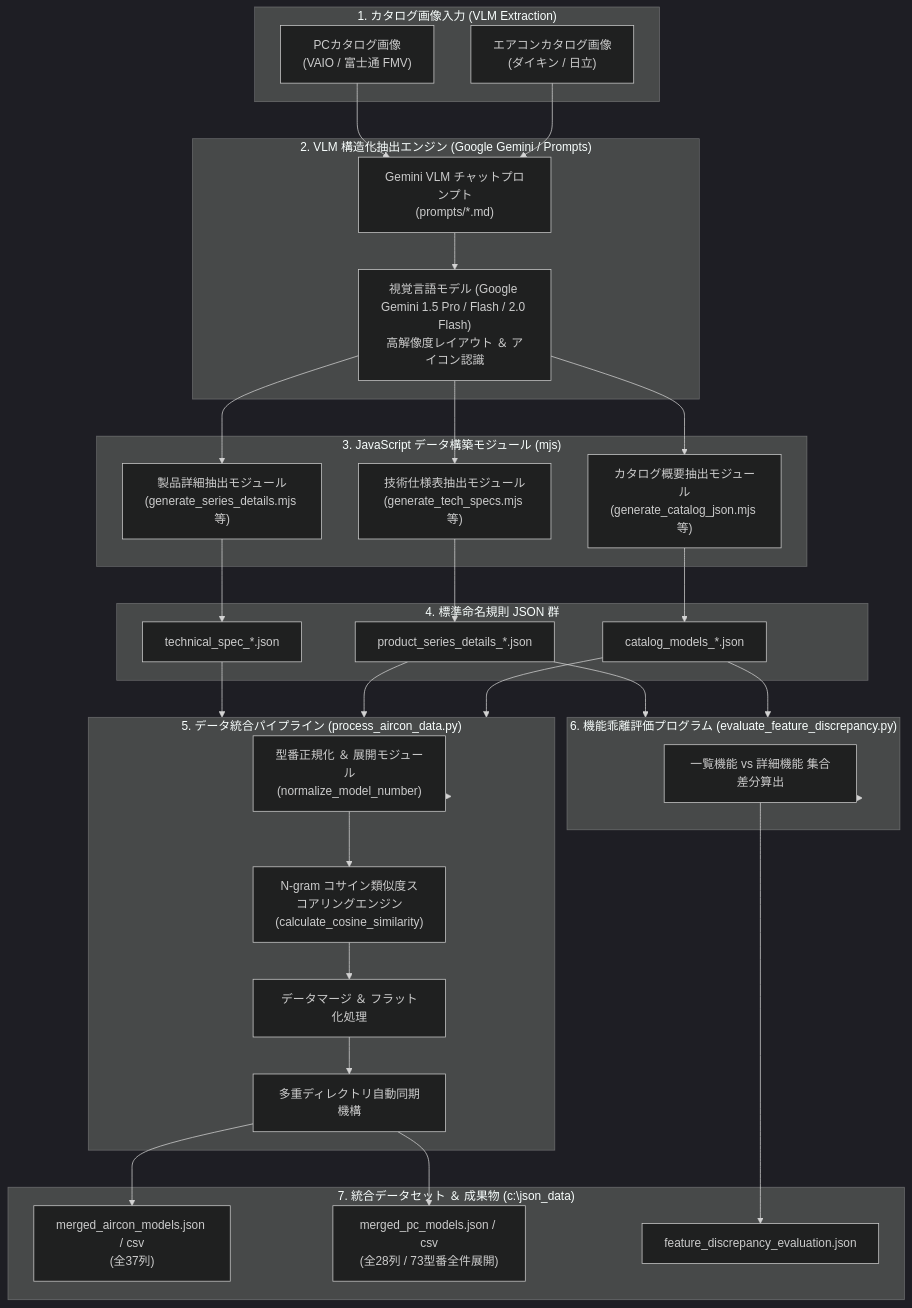
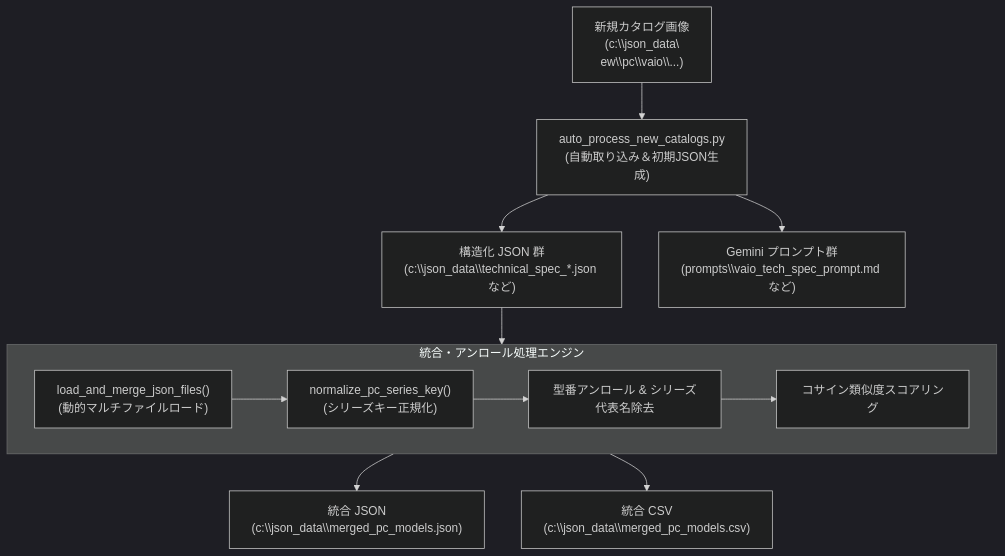
Before and after one commit to kuronekopr/VLM-20260809: the diagram in system_detailed_design.md, drawn with Mermaid (dark theme). The commit also changed other lines of this file, not shown here.

````diff
--- a/system_detailed_design.md
+++ b/system_detailed_design.md
@@ -23,53 +18,19 @@
 ```mermaid
 flowchart TD
-    subgraph Input ["1. カタログ画像入力 (VLM Extraction)"]
-        Img1["エアコンカタログ画像<br>(ダイキン / 日立)"]
-        Img2["PCカタログ画像<br>(VAIO / 富士通 FMV)"]
+    A["新規カタログ画像<br/>(c:\\json_data\\new\\pc\\vaio\\...)"] --> B["auto_process_new_catalogs.py<br/>(自動取り込み＆初期JSON生成)"]
+    B --> C["構造化 JSON 群<br/>(c:\\json_data\\technical_spec_*.json など)"]
+    B --> D["Gemini プロンプト群<br/>(prompts\\vaio_tech_spec_prompt.md など)"]
+    
+    C --> E["process_aircon_data.py<br/>(マルチソース統合・ノーマライズ)"]
+    
+    subgraph E ["統合・アンロール処理エンジン"]
+        E1["load_and_merge_json_files()<br/>(動的マルチファイルロード)"]
+        E2["normalize_pc_series_key()<br/>(シリーズキー正規化)"]
+        E3["型番アンロール & シリーズ代表名除去"]
+        E4["コサイン類似度スコアリング"]
+        E1 --> E2 --> E3 --> E4
     end
 
-    subgraph VLMModule ["2. VLM 構造化抽出エンジン (Google Gemini / Prompts)"]
-        VP["Gemini VLM チャットプロンプト<br>(prompts/*.md)"]
-        VLM["視覚言語モデル (Google Gemini 1.5 Pro / Flash / 2.0 Flash)<br>高解像度レイアウト ＆ アイコン認識"]
-    end
-
-    subgraph GeneratorModule ["3. JavaScript データ構築モジュール (mjs)"]
-        S1["カタログ概要抽出モジュール<br>(generate_catalog_json.mjs 等)"]
-        S2["製品詳細抽出モジュール<br>(generate_series_details.mjs 等)"]
-        S3["技術仕様表抽出モジュール<br>(generate_tech_specs.mjs 等)"]
-    end
-
-    subgraph StandardFiles ["4. 標準命名規則 JSON 群"]
-        F1["catalog_models_*.json"]
-        F2["product_series_details_*.json"]
-        F3["technical_spec_*.json"]
-    end
-
-    subgraph PipelineEngine ["5. データ統合パイプライン (process_aircon_data.py)"]
-        E1["型番正規化 ＆ 展開モジュール<br>(normalize_model_number)"]
-        E2["N-gram コサイン類似度スコアリングエンジン<br>(calculate_cosine_similarity)"]
-        E3["データマージ ＆ フラット化処理"]
-        E4["多重ディレクトリ自動同期機構"]
-    end
-
-    subgraph Evaluator ["6. 機能乖離評価プログラム (evaluate_feature_discrepancy.py)"]
-        EV1["一覧機能 vs 詳細機能 集合差分算出"]
-    end
-
-    subgraph OutputDataset ["7. 統合データセット ＆ 成果物 (c:\json_data)"]
-        O1["merged_aircon_models.json / csv<br>(全37列)"]
-        O2["merged_pc_models.json / csv<br>(全28列 / 73型番全件展開)"]
-        O3["feature_discrepancy_evaluation.json"]
-    end
-
-    Img1 & Img2 --> VP --> VLM
-    VLM --> S1 & S2 & S3
-    S1 --> F1
-    S2 --> F3
-    S3 --> F2
-
-    F1 & F2 & F3 --> PipelineEngine
-    PipelineEngine --> E1 --> E2 --> E3 --> E4
-    E4 --> O1 & O2
-
-    F1 & F2 --> Evaluator --> EV1 --> O3
+    E --> F["統合 JSON<br/>(c:\\json_data\\merged_pc_models.json)"]
+    E --> G["統合 CSV<br/>(c:\\json_data\\merged_pc_models.csv)"]
 ```
````
